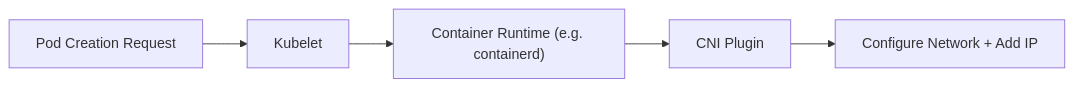
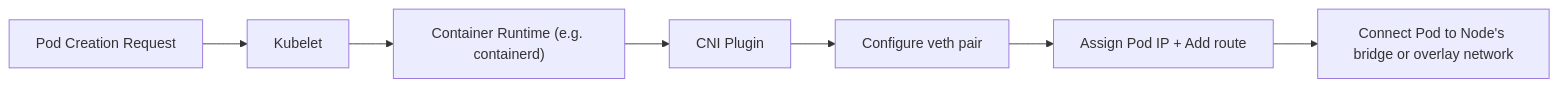
One commit to Nkwenti-Severian-Ndongtsop/k8s-networking-presentation changed the diagram in docs/cni-intro.md. Above: the diagram before and after it, drawn with Mermaid. The commit also changed other lines of this file, not shown here.

````diff
--- a/docs/cni-intro.md
+++ b/docs/cni-intro.md
@@ -25,7 +27,9 @@
 ```mermaid
 graph LR
   A[Pod Creation Request] --> B[Kubelet]
   B --> C["Container Runtime (e.g. containerd)"]
   C --> D[CNI Plugin]
-  D --> E[Configure Network + Add IP]
+  D --> E[Configure veth pair]
+  E --> F[Assign Pod IP + Add route]
+  F --> G[Connect Pod to Node's bridge or overlay network]
 ```
````
